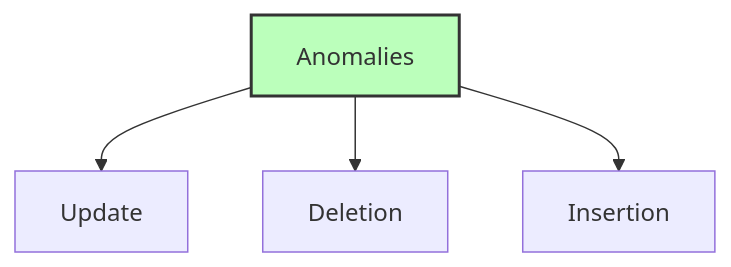
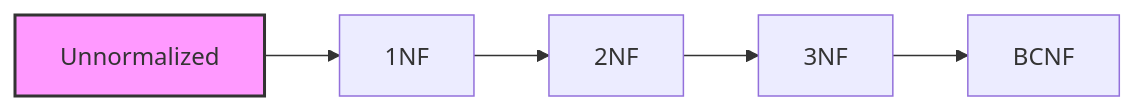
Before and after one commit to fistasolutions/learn-database-unicorndevelopers: the diagram in 13DatabaseNormalization.md, drawn with Mermaid. The commit also changed other lines of this file and 37 other files, not shown here.

````diff
--- a/13DatabaseNormalization.md
+++ b/13DatabaseNormalization.md
@@ -82,7 +55,8 @@
 ```mermaid
-graph TD
-    A[Anomalies] --> B[Update]
-    A --> C[Deletion]
-    A --> D[Insertion]
-    style A fill:#bfb,stroke:#333,stroke-width:2px
+graph LR
+    A[Unnormalized] --> B[1NF]
+    B --> C[2NF]
+    C --> D[3NF]
+    D --> E[BCNF]
+    style A fill:#f9f,stroke:#333,stroke-width:2px
 ```
````
